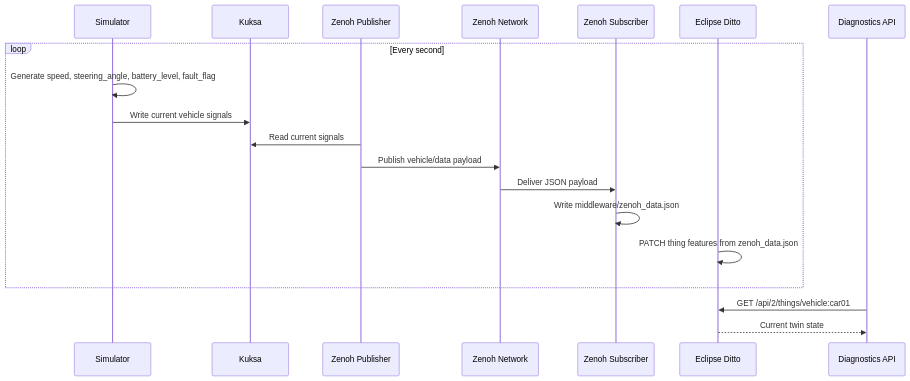
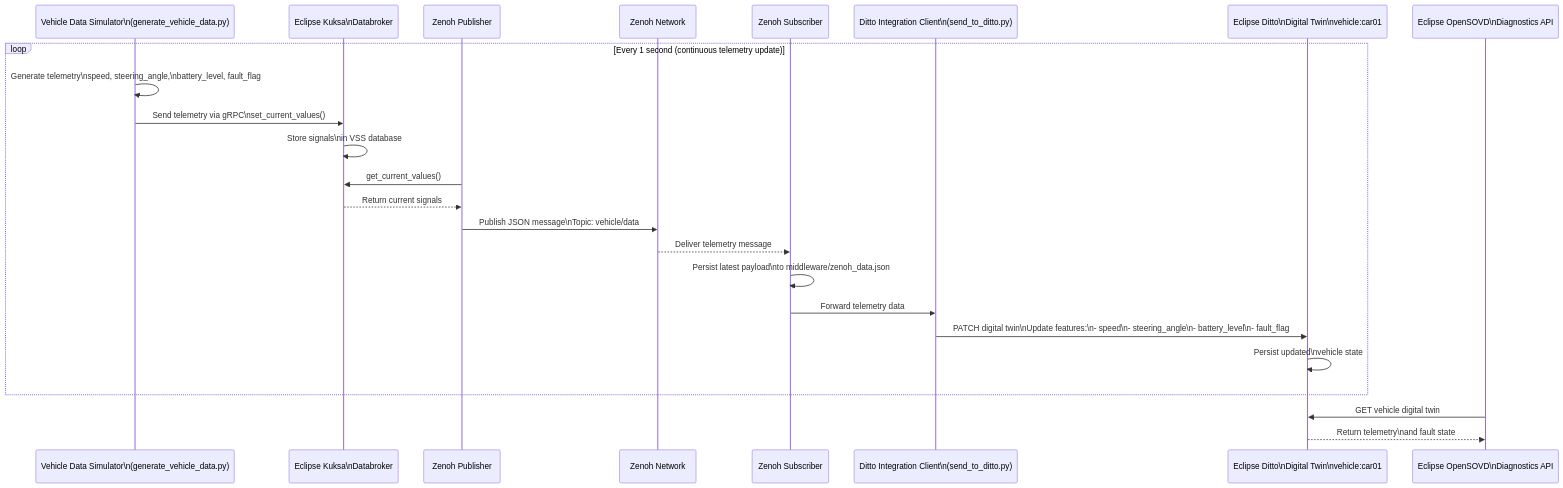
The second of 2 diagrams in readme1.md (aliza-rizwan/sdv-pipeline), drawn with Mermaid before and after one commit. The commit also changed other lines of this file, not shown here.

Commit message:
Revise architecture and sequence diagrams
Updated system architecture and runtime sequence diagrams to clarify vehicle data flow and interactions.

````diff
--- a/readme1.md
+++ b/readme1.md
@@ -72,23 +81,28 @@
 ```mermaid
 sequenceDiagram
-		participant Sim as Simulator
-		participant Kuksa as Kuksa
-		participant Pub as Zenoh Publisher
-		participant Net as Zenoh Network
-		participant Sub as Zenoh Subscriber
-		participant Ditto as Eclipse Ditto
-		participant API as Diagnostics API
+	participant Sim as Vehicle Data Simulator\n(generate_vehicle_data.py)
+	participant Kuksa as Eclipse Kuksa\nDatabroker
+	participant Pub as Zenoh Publisher
+	participant Net as Zenoh Network
+	participant Sub as Zenoh Subscriber
+	participant Client as Ditto Integration Client\n(send_to_ditto.py)
+	participant Twin as Eclipse Ditto\nDigital Twin\nvehicle:car01
+	participant API as Eclipse OpenSOVD\nDiagnostics API
 
-		loop Every second
-				Sim->>Sim: Generate speed, steering_angle, battery_level, fault_flag
-				Sim->>Kuksa: Write current vehicle signals
-				Pub->>Kuksa: Read current signals
-				Pub->>Net: Publish vehicle/data payload
-				Net->>Sub: Deliver JSON payload
-				Sub->>Sub: Write middleware/zenoh_data.json
-				Ditto->>Ditto: PATCH thing features from zenoh_data.json
-		end
+	loop Every 1 second (continuous telemetry update)
+		Sim->>Sim: Generate telemetry\nspeed, steering_angle,\nbattery_level, fault_flag
+		Sim->>Kuksa: Send telemetry via gRPC\nset_current_values()
+		Kuksa->>Kuksa: Store signals\nin VSS database
+		Pub->>Kuksa: get_current_values()
+		Kuksa-->>Pub: Return current signals
+		Pub->>Net: Publish JSON message\nTopic: vehicle/data
+		Net-->>Sub: Deliver telemetry message
+		Sub->>Sub: Persist latest payload\nto middleware/zenoh_data.json
+		Sub->>Client: Forward telemetry data
+		Client->>Twin: PATCH digital twin\nUpdate features:\n- speed\n- steering_angle\n- battery_level\n- fault_flag
+		Twin->>Twin: Persist updated\nvehicle state
+	end
 
-		API->>Ditto: GET /api/2/things/vehicle:car01
-		Ditto-->>API: Current twin state
+	API->>Twin: GET vehicle digital twin
+	Twin-->>API: Return telemetry\nand fault state
 ```
````
